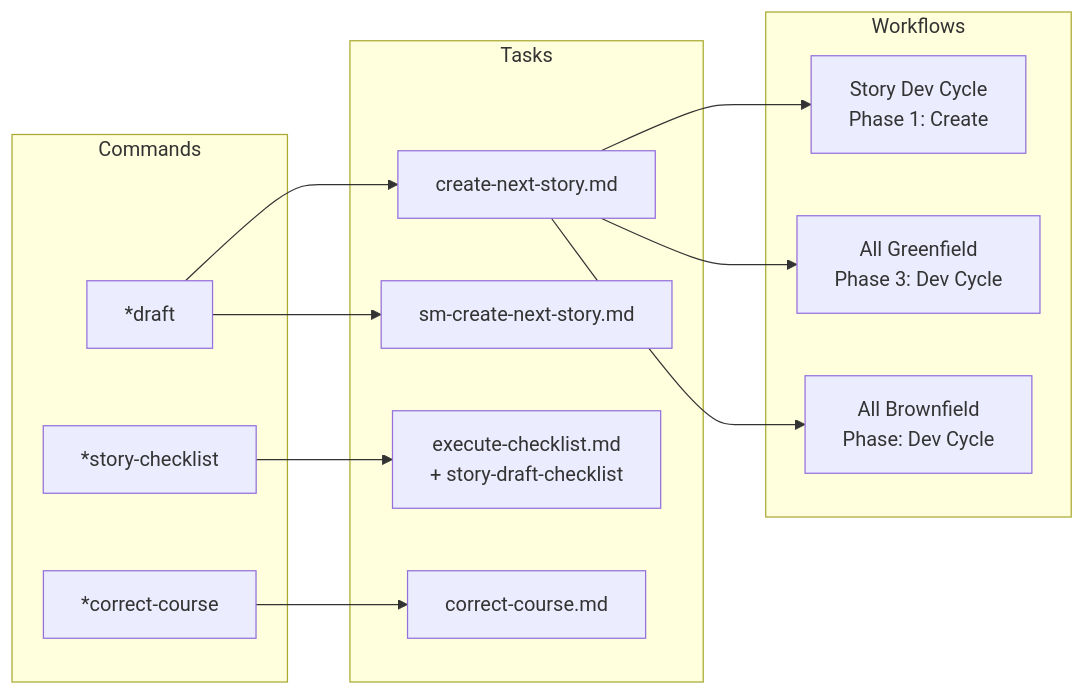
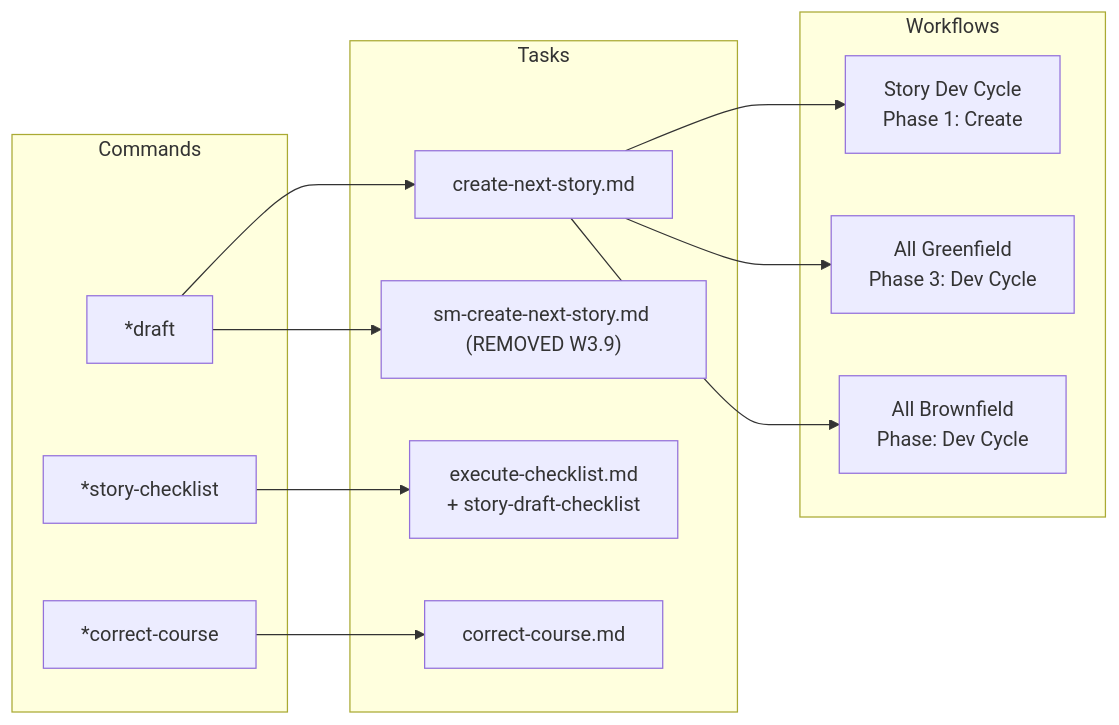
The second of 20 diagrams in docs/guides/workflows/WORKFLOW-TASK-AGENT-ANALYSIS.md (SynkraAI/aiox-core), drawn with Mermaid before and after one commit. The commit also changed other lines of this file and 36 other files, not shown here.

````diff
--- a/docs/guides/workflows/WORKFLOW-TASK-AGENT-ANALYSIS.md
+++ b/docs/guides/workflows/WORKFLOW-TASK-AGENT-ANALYSIS.md
@@ -196,29 +196,29 @@
 ```mermaid
 graph LR
     subgraph "Commands"
         C1["*draft"]
         C2["*story-checklist"]
         C3["*correct-course"]
     end
 
     subgraph "Tasks"
         T1["create-next-story.md"]
-        T1b["sm-create-next-story.md"]
+        T1b["sm-create-next-story.md (REMOVED W3.9)"]
         T2["execute-checklist.md<br/>+ story-draft-checklist"]
         T3["correct-course.md"]
     end
 
     subgraph "Workflows"
         W1["Story Dev Cycle<br/>Phase 1: Create"]
         W2["All Greenfield<br/>Phase 3: Dev Cycle"]
         W3["All Brownfield<br/>Phase: Dev Cycle"]
     end
 
     C1 --> T1
     C1 --> T1b
     C2 --> T2
     C3 --> T3
     T1 --> W1
     T1 --> W2
     T1 --> W3
 ```
````
